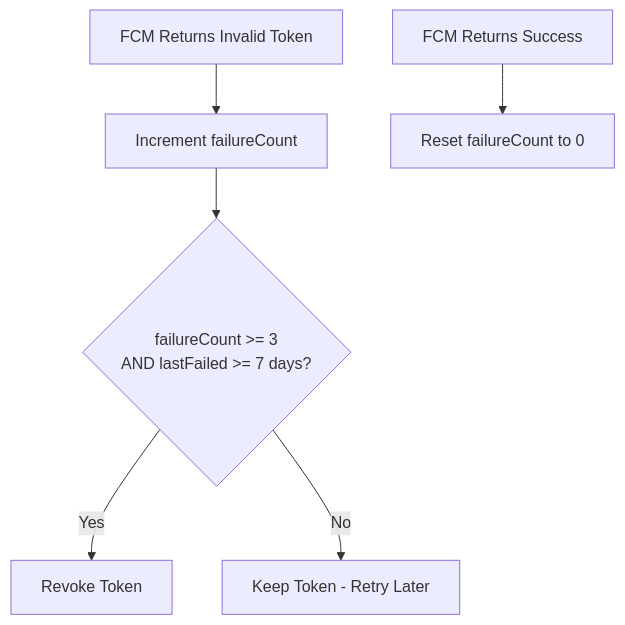
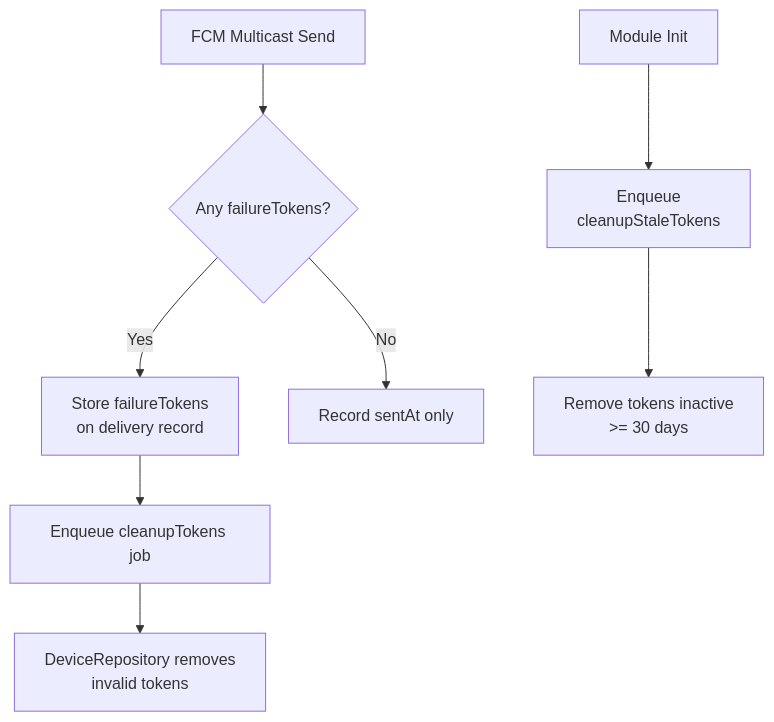
One commit to andrechristikan/ack-nestjs-boilerplate changed the first of 2 diagrams in docs/notification.md. Above: the diagram before and after it, drawn with Mermaid. The commit also changed other lines of this file and 39 other files, not shown here.

````diff
--- a/docs/notification.md
+++ b/docs/notification.md
@@ -138,9 +163,11 @@
 ```mermaid
 graph TD
-    A[FCM Returns Invalid Token] --> B[Increment failureCount]
-    B --> C{failureCount >= 3<br/>AND lastFailed >= 7 days?}
-    C -->|Yes| D[Revoke Token]
-    C -->|No| E[Keep Token - Retry Later]
+    A[FCM Multicast Send] --> B{Any failureTokens?}
+    B -->|Yes| C[Store failureTokens <br/> on delivery record]
+    C --> D[Enqueue cleanupTokens job]
+    D --> E[DeviceRepository removes <br/> invalid tokens]
+    B -->|No| F[Record sentAt only]
     
-    F[FCM Returns Success] --> G[Reset failureCount to 0]
+    G[Module Init] --> H[Enqueue <br/> cleanupStaleTokens]
+    H --> I[Remove tokens inactive <br/> >= 30 days]
 ```
````
